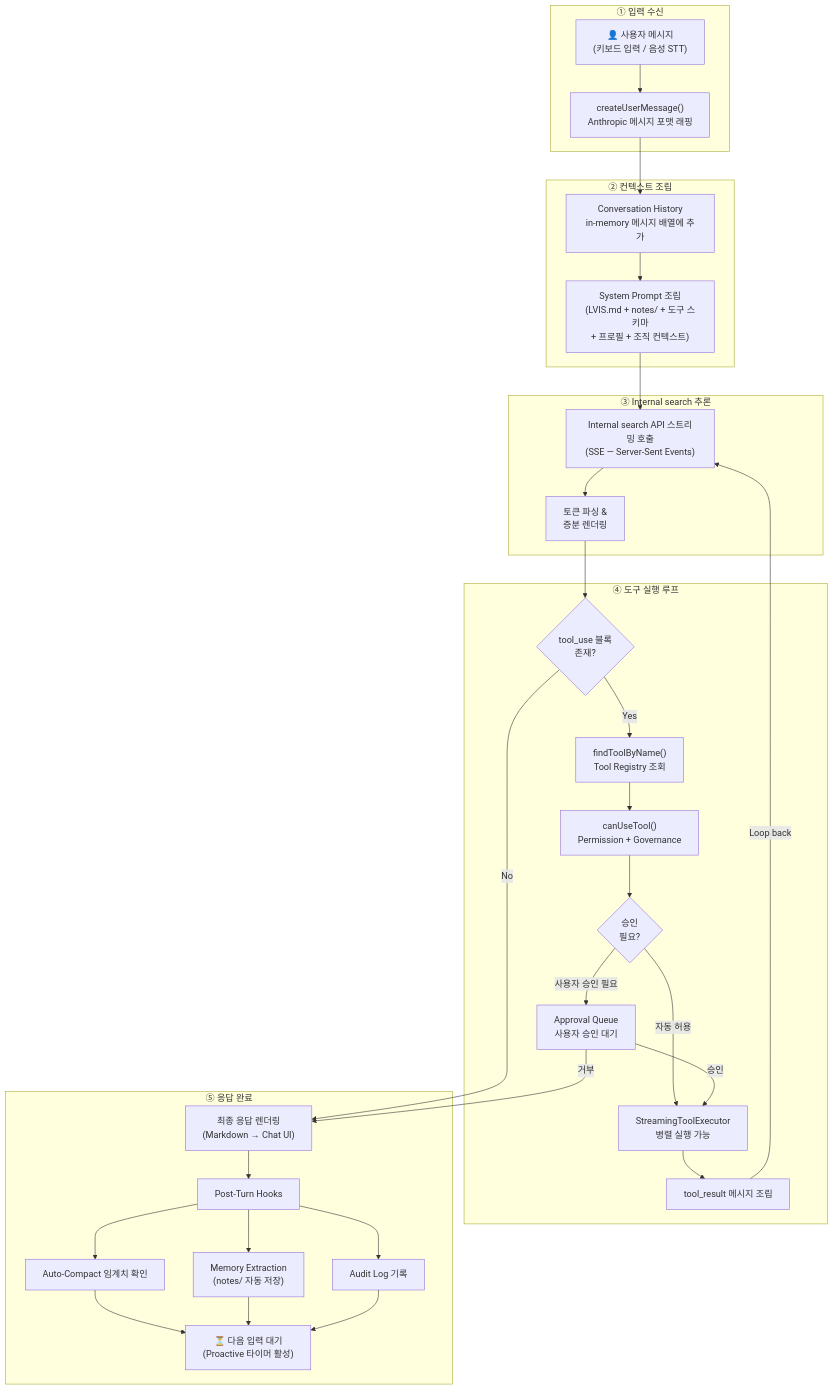
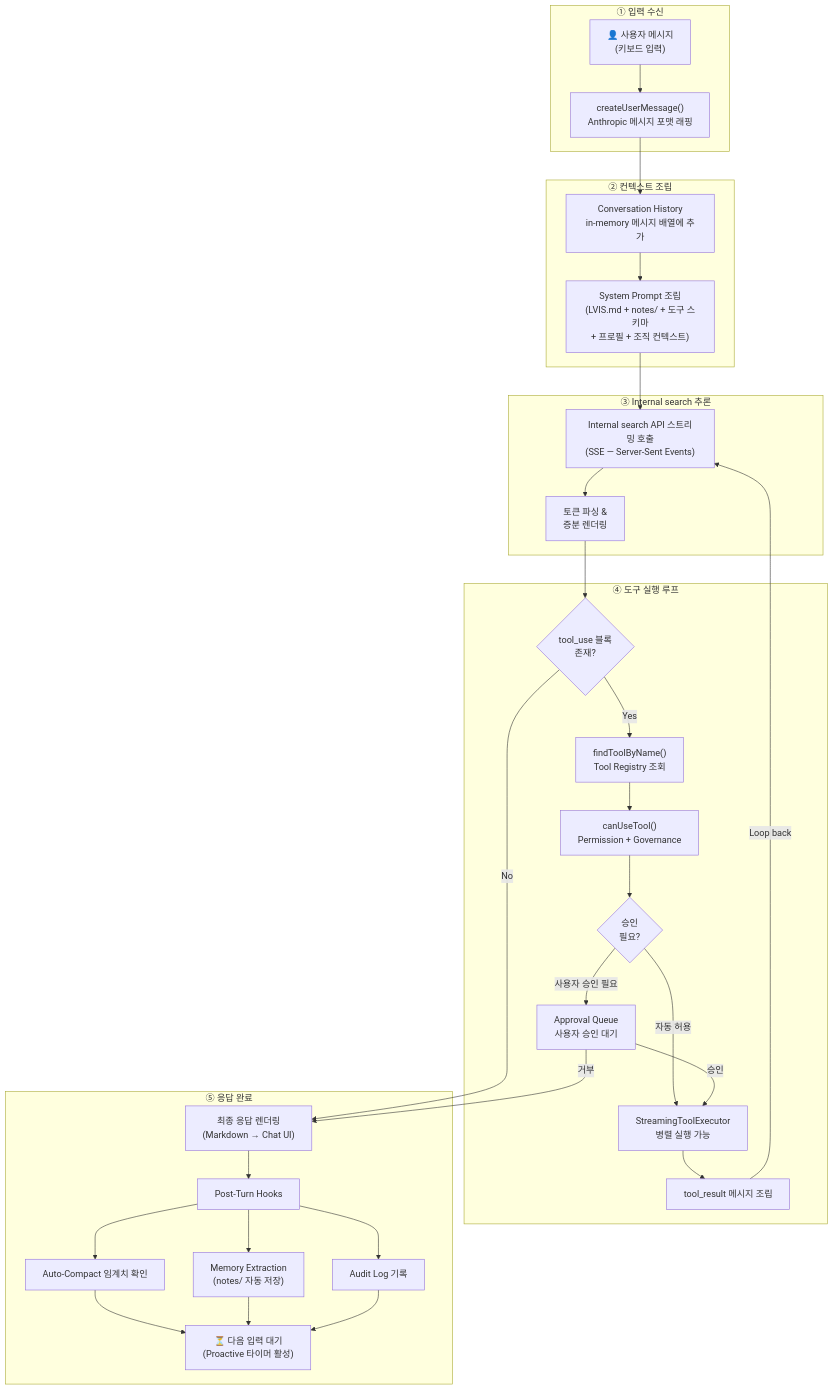
One commit to lvis-project/lvis-app changed the ninth of 42 diagrams in docs/architecture/architecture.md. Above: the diagram before and after it, drawn with Mermaid. The commit also changed other lines of this file and 1 other file, not shown here.

First line of the commit message:
docs: Phase 2 Track B closure report + voice input scope removal

````diff
--- a/docs/architecture/architecture.md
+++ b/docs/architecture/architecture.md
@@ -737,63 +737,63 @@
 ```mermaid
 flowchart TB
     subgraph "① 입력 수신"
-        USER_INPUT["👤 사용자 메시지<br/>(키보드 입력 / 음성 STT)"]
+        USER_INPUT["👤 사용자 메시지<br/>(키보드 입력)"]
         CREATE_MSG["createUserMessage()<br/>Anthropic 메시지 포맷 래핑"]
     end
 
     subgraph "② 컨텍스트 조립"
         APPEND_HIST["Conversation History<br/>in-memory 메시지 배열에 추가"]
         BUILD_SYS["System Prompt 조립<br/>(LVIS.md + notes/ + 도구 스키마<br/>+ 프로필 + 조직 컨텍스트)"]
     end
 
     subgraph "③ Internal search 추론"
         STREAM_API["Internal search API 스트리밍 호출<br/>(SSE — Server-Sent Events)"]
         PARSE_TOKEN["토큰 파싱 &<br/>증분 렌더링"]
     end
 
     subgraph "④ 도구 실행 루프"
         TOOL_CHECK{"tool_use 블록<br/>존재?"}
         FIND_TOOL["findToolByName()<br/>Tool Registry 조회"]
         CAN_USE["canUseTool()<br/>Permission + Governance"]
         APPROVAL{"승인<br/>필요?"}
         APPROVAL_QUEUE["Approval Queue<br/>사용자 승인 대기"]
         EXECUTOR["StreamingToolExecutor<br/>병렬 실행 가능"]
         COLLECT["tool_result 메시지 조립"]
     end
 
     subgraph "⑤ 응답 완료"
         RENDER_FINAL["최종 응답 렌더링<br/>(Markdown → Chat UI)"]
         POST_HOOKS["Post-Turn Hooks"]
         COMPACT_CHK["Auto-Compact 임계치 확인"]
         MEM_EXTRACT["Memory Extraction<br/>(notes/ 자동 저장)"]
         AUDIT["Audit Log 기록"]
         IDLE["⏳ 다음 입력 대기<br/>(Proactive 타이머 활성)"]
     end
 
     USER_INPUT --> CREATE_MSG
     CREATE_MSG --> APPEND_HIST
     APPEND_HIST --> BUILD_SYS
     BUILD_SYS --> STREAM_API
     STREAM_API --> PARSE_TOKEN
     PARSE_TOKEN --> TOOL_CHECK
 
     TOOL_CHECK -->|"Yes"| FIND_TOOL
     TOOL_CHECK -->|"No"| RENDER_FINAL
 
     FIND_TOOL --> CAN_USE
     CAN_USE --> APPROVAL
     APPROVAL -->|"자동 허용"| EXECUTOR
     APPROVAL -->|"사용자 승인 필요"| APPROVAL_QUEUE
     APPROVAL_QUEUE -->|"승인"| EXECUTOR
     APPROVAL_QUEUE -->|"거부"| RENDER_FINAL
     EXECUTOR --> COLLECT
     COLLECT -->|"Loop back"| STREAM_API
 
     RENDER_FINAL --> POST_HOOKS
     POST_HOOKS --> COMPACT_CHK
     POST_HOOKS --> MEM_EXTRACT
     POST_HOOKS --> AUDIT
     COMPACT_CHK --> IDLE
     MEM_EXTRACT --> IDLE
     AUDIT --> IDLE
 ```
````
